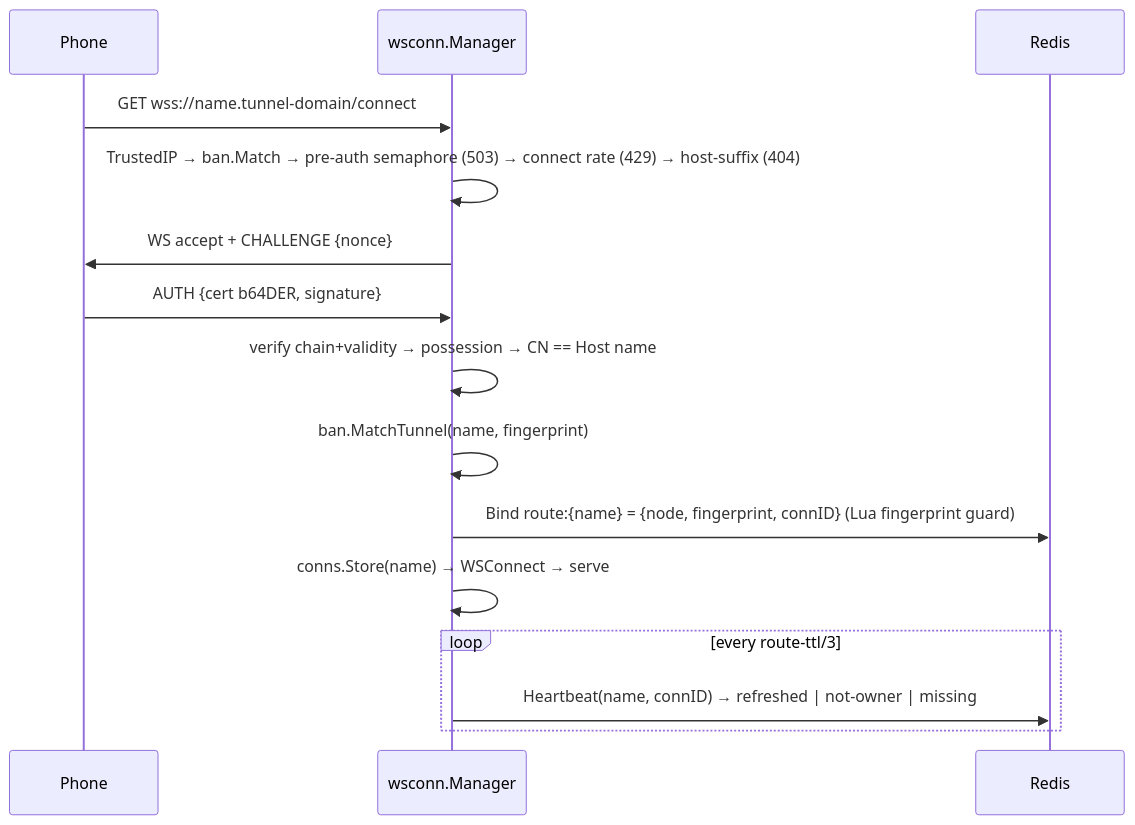
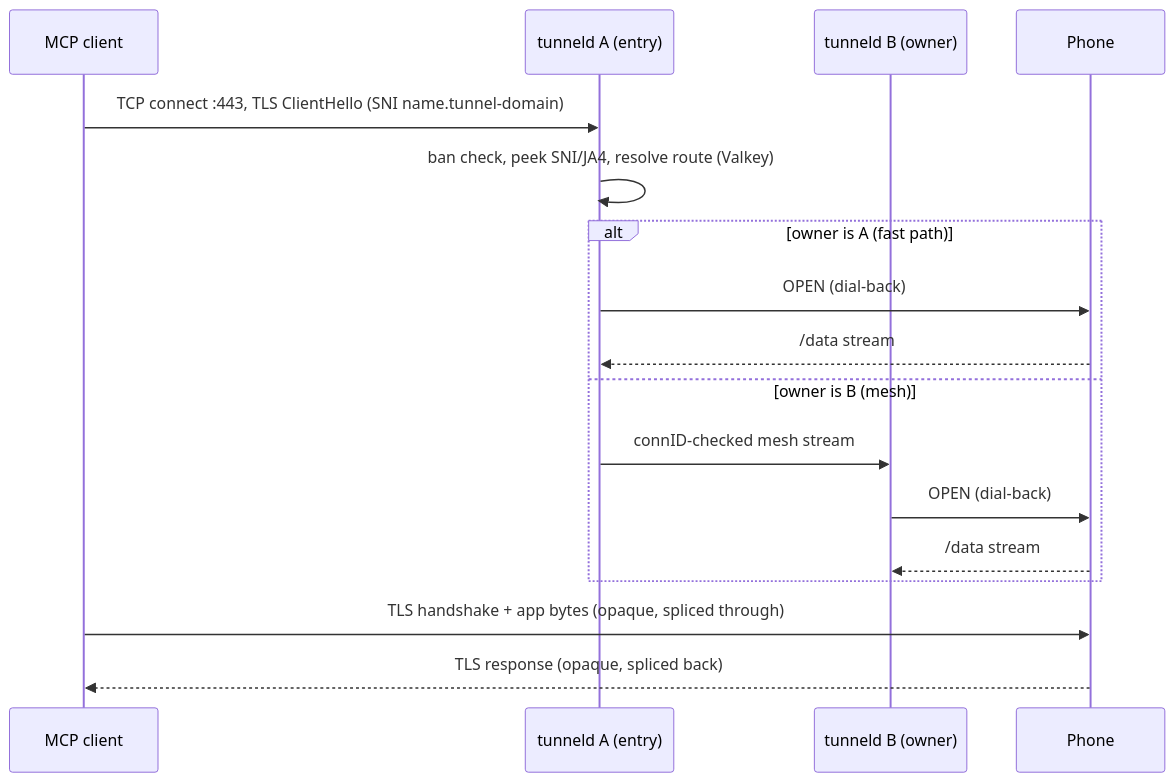
The second of 3 diagrams in docs/ARCHITECTURE.md (danielealbano/android-remote-control-mcp-tunneld), drawn with Mermaid before and after one commit. The commit also changed other lines of this file and 4 other files, not shown here.

First line of the commit message:
docs(docs): US15 — rewrite canonical docs + project.md for the E2E architecture

````diff
--- a/docs/ARCHITECTURE.md
+++ b/docs/ARCHITECTURE.md
@@ -132,18 +68,19 @@
 ```mermaid
 sequenceDiagram
-  participant PH as Phone
-  participant WS as wsconn.Manager
-  participant R as Redis
-
-  PH->>WS: GET wss://name.tunnel-domain/connect
-  WS->>WS: TrustedIP → ban.Match → pre-auth semaphore (503) → connect rate (429) → host-suffix (404)
-  WS->>PH: WS accept + CHALLENGE {nonce}
-  PH->>WS: AUTH {cert b64DER, signature}
-  WS->>WS: verify chain+validity → possession → CN == Host name
-  WS->>WS: ban.MatchTunnel(name, fingerprint)
-  WS->>R: Bind route:{name} = {node, fingerprint, connID} (Lua fingerprint guard)
-  WS->>WS: conns.Store(name) → WSConnect → serve
-  loop every route-ttl/3
-    WS->>R: Heartbeat(name, connID) → refreshed | not-owner | missing
-  end
+    participant C as MCP client
+    participant A as tunneld A (entry)
+    participant B as tunneld B (owner)
+    participant P as Phone
+    C->>A: TCP connect :443, TLS ClientHello (SNI name.tunnel-domain)
+    A->>A: ban check, peek SNI/JA4, resolve route (Valkey)
+    alt owner is A (fast path)
+        A->>P: OPEN (dial-back)
+        P-->>A: /data stream
+    else owner is B (mesh)
+        A->>B: connID-checked mesh stream
+        B->>P: OPEN (dial-back)
+        P-->>B: /data stream
+    end
+    C->>P: TLS handshake + app bytes (opaque, spliced through)
+    P-->>C: TLS response (opaque, spliced back)
 ```
````
